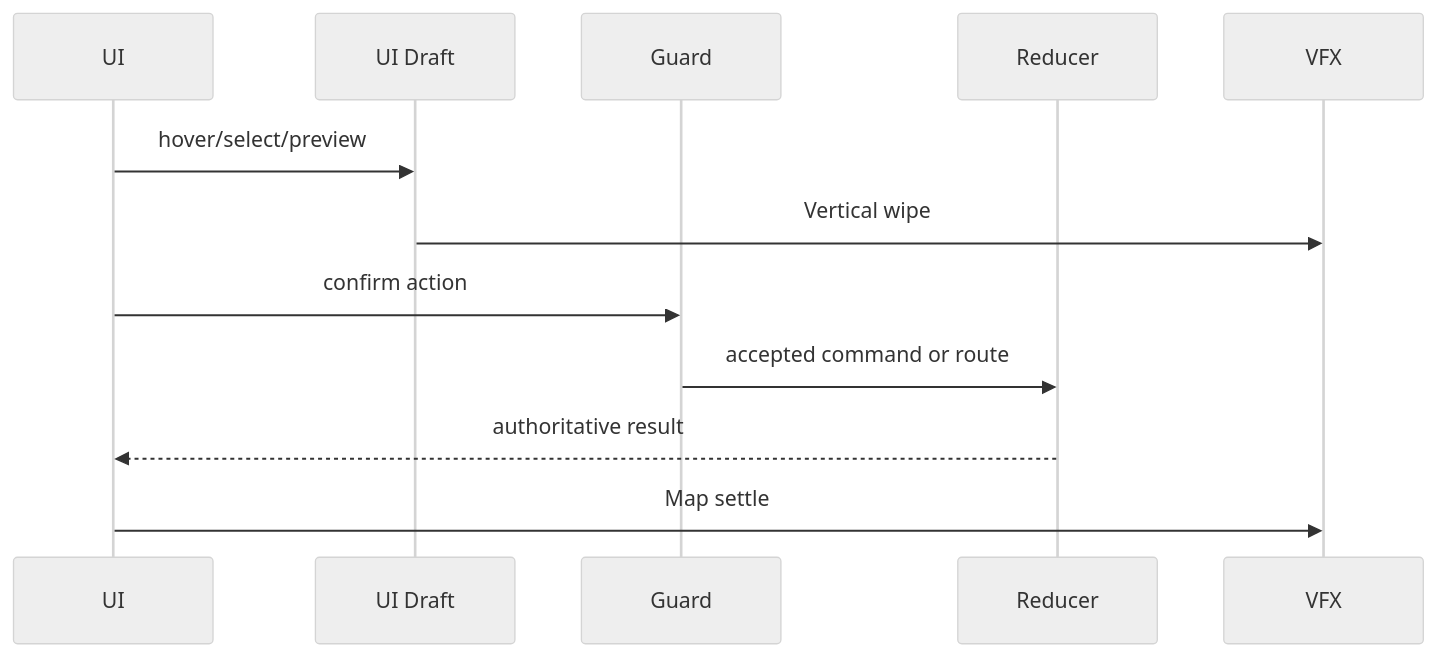
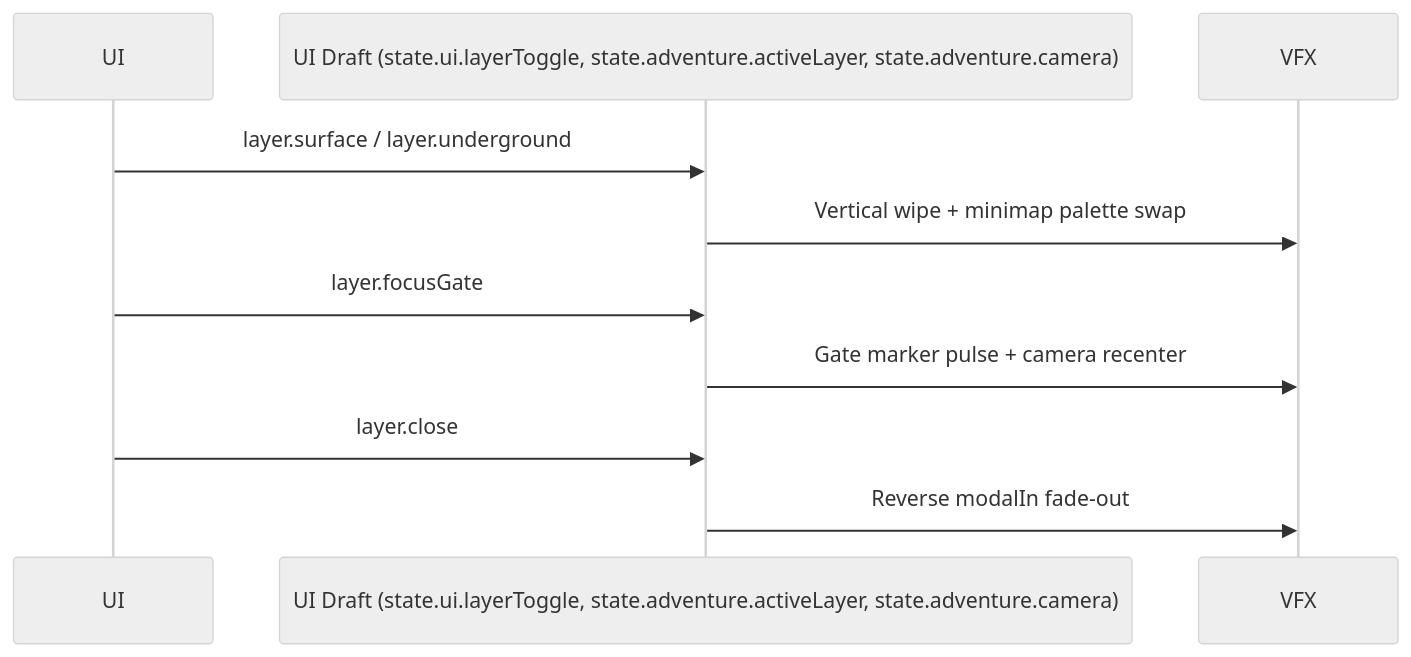
One commit to SunaNoOshiro/Heroes_Reforged_AI_Realms changed the fourth of 5 diagrams in docs/architecture/wiki/screens/15-underground-toggle/architecture.md. Above: the diagram before and after it, drawn with Mermaid (neutral theme). The commit also changed other lines of this file and 518 other files, not shown here.

First line of the commit message:
Add doc-audit skill and sweep architecture/screen docs

````diff
--- a/docs/architecture/wiki/screens/15-underground-toggle/architecture.md
+++ b/docs/architecture/wiki/screens/15-underground-toggle/architecture.md
@@ -52,14 +63,12 @@
 ```mermaid
 sequenceDiagram
   participant UI
-  participant Draft as UI Draft
-  participant Guard
-  participant Reducer
+  participant Draft as UI Draft (state.ui.layerToggle, state.adventure.activeLayer, state.adventure.camera)
   participant VFX
-  UI->>Draft: hover/select/preview
-  Draft->>VFX: Vertical wipe
-  UI->>Guard: confirm action
-  Guard->>Reducer: accepted command or route
-  Reducer-->>UI: authoritative result
-  UI->>VFX: Map settle
+  UI->>Draft: layer.surface / layer.underground
+  Draft->>VFX: Vertical wipe + minimap palette swap
+  UI->>Draft: layer.focusGate
+  Draft->>VFX: Gate marker pulse + camera recenter
+  UI->>Draft: layer.close
+  Draft->>VFX: Reverse modalIn fade-out
 ```
````
